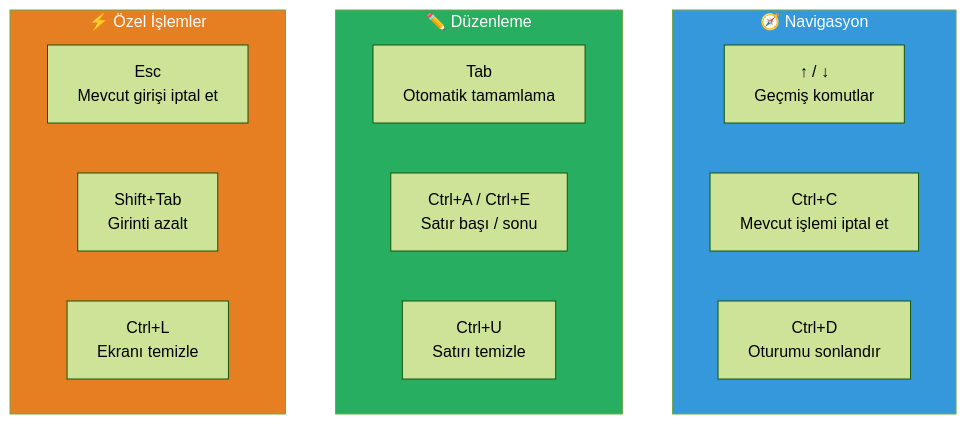
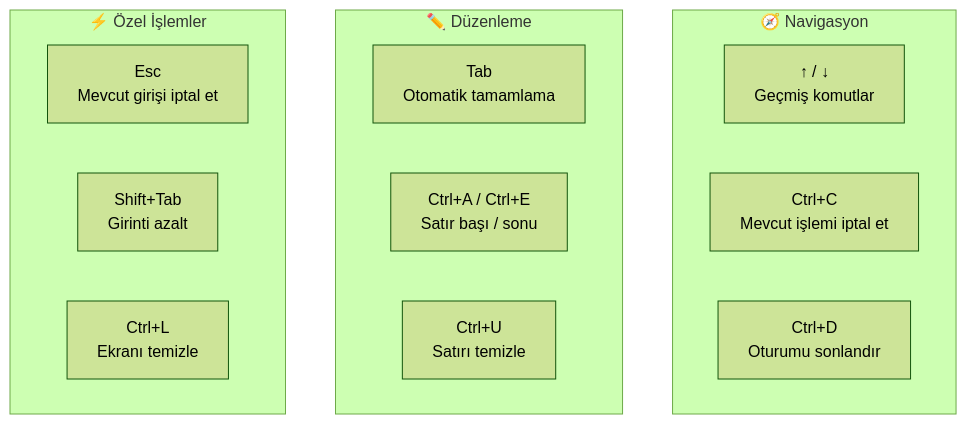
The first of 4 diagrams in 17-konfigurasyon/07-klavye-kisayollari.md (IzzetYasinAtes/ClaudeCodeHandbook), drawn with Mermaid (forest theme) before and after one commit. The commit also changed other lines of this file and 97 other files, not shown here.

Commit message:
Remove all custom Mermaid style/fill colors from 98 markdown files for consistent dark theme rendering

````diff
--- a/17-konfigurasyon/07-klavye-kisayollari.md
+++ b/17-konfigurasyon/07-klavye-kisayollari.md
@@ -19,24 +19,21 @@
 ```mermaid
 flowchart TD
     subgraph navigation ["🧭 Navigasyon"]
         N1["↑ / ↓<br/>Geçmiş komutlar"]
         N2["Ctrl+C<br/>Mevcut işlemi iptal et"]
         N3["Ctrl+D<br/>Oturumu sonlandır"]
     end
 
     subgraph editing ["✏️ Düzenleme"]
         E1["Tab<br/>Otomatik tamamlama"]
         E2["Ctrl+A / Ctrl+E<br/>Satır başı / sonu"]
         E3["Ctrl+U<br/>Satırı temizle"]
     end
 
     subgraph special ["⚡ Özel İşlemler"]
         S1["Esc<br/>Mevcut girişi iptal et"]
         S2["Shift+Tab<br/>Girinti azalt"]
         S3["Ctrl+L<br/>Ekranı temizle"]
     end
 
-    style navigation fill:#3498DB,color:#fff
-    style editing fill:#27AE60,color:#fff
-    style special fill:#E67E22,color:#fff
 ```
````
